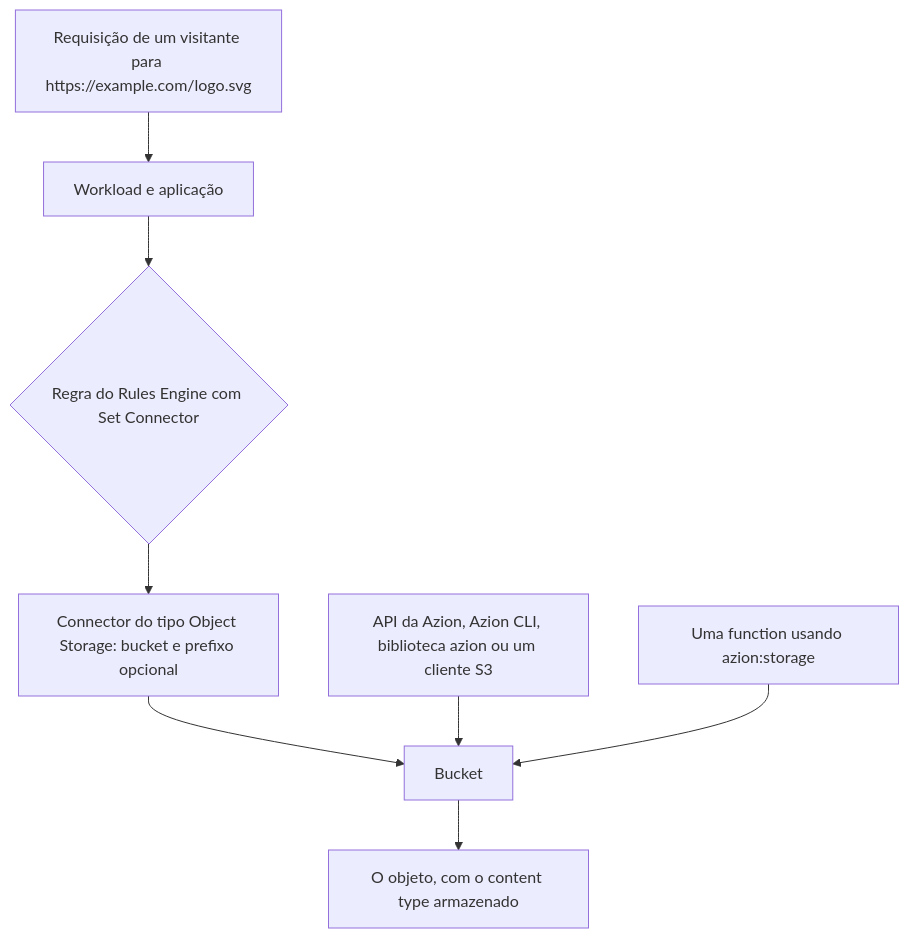
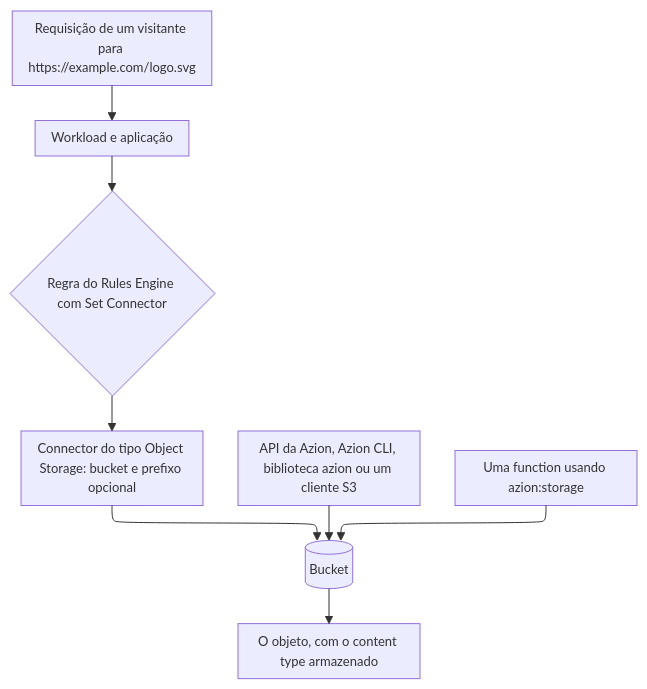
Before and after one commit to aziontech/docs: the diagram in apps/docs/src/content/docs/pt-br/pages/menu-principal/referencia/store/edge-storage/index.mdx, drawn with Mermaid. The commit also changed 179 other files, not shown here.

Commit message:
docs(diagrams): redraw every other diagram in the use-case diagram style (#2513)

````diff
--- a/apps/docs/src/content/docs/pt-br/pages/menu-principal/referencia/store/edge-storage/index.mdx
+++ b/apps/docs/src/content/docs/pt-br/pages/menu-principal/referencia/store/edge-storage/index.mdx
@@ -64,10 +64,11 @@
 ```mermaid
+%%{init: {"layout": "elk", "themeVariables": {"fontSize": "13px"}, "flowchart": {"nodeSpacing": 24, "rankSpacing": 36, "padding": 8, "wrappingWidth": 150, "useMaxWidth": true}, "sequence": {"width": 120, "actorMargin": 30, "useMaxWidth": true}}}%%
 flowchart TD
   Client["Requisição de um visitante para https://example.com/logo.svg"] --> App["Workload e aplicação"]
   App --> Rule{"Regra do Rules Engine com Set Connector"}
   Rule --> Conn["Connector do tipo Object Storage: bucket e prefixo opcional"]
-  Conn --> Bucket["Bucket"]
+  Conn --> Bucket[("Bucket")]
   Tool["API da Azion, Azion CLI, biblioteca azion ou um cliente S3"] --> Bucket
   Fn["Uma function usando azion:storage"] --> Bucket
   Bucket --> Object["O objeto, com o content type armazenado"]
 ```
````
